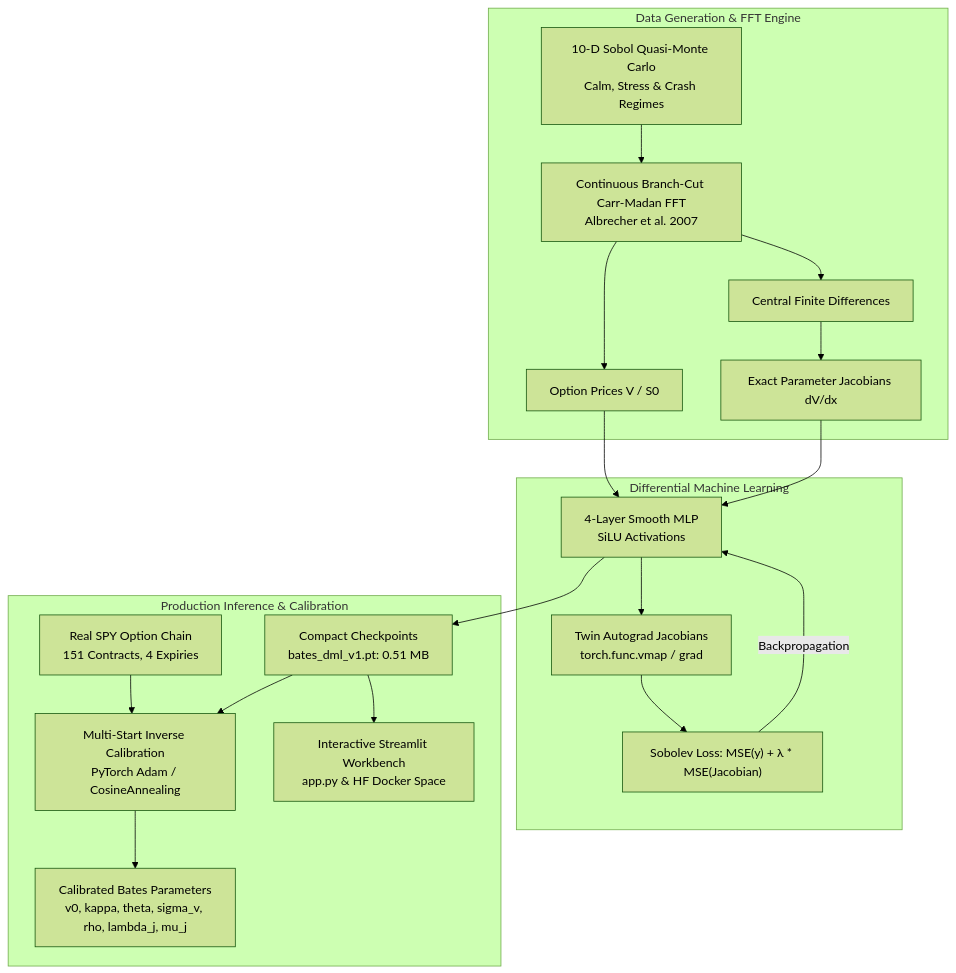
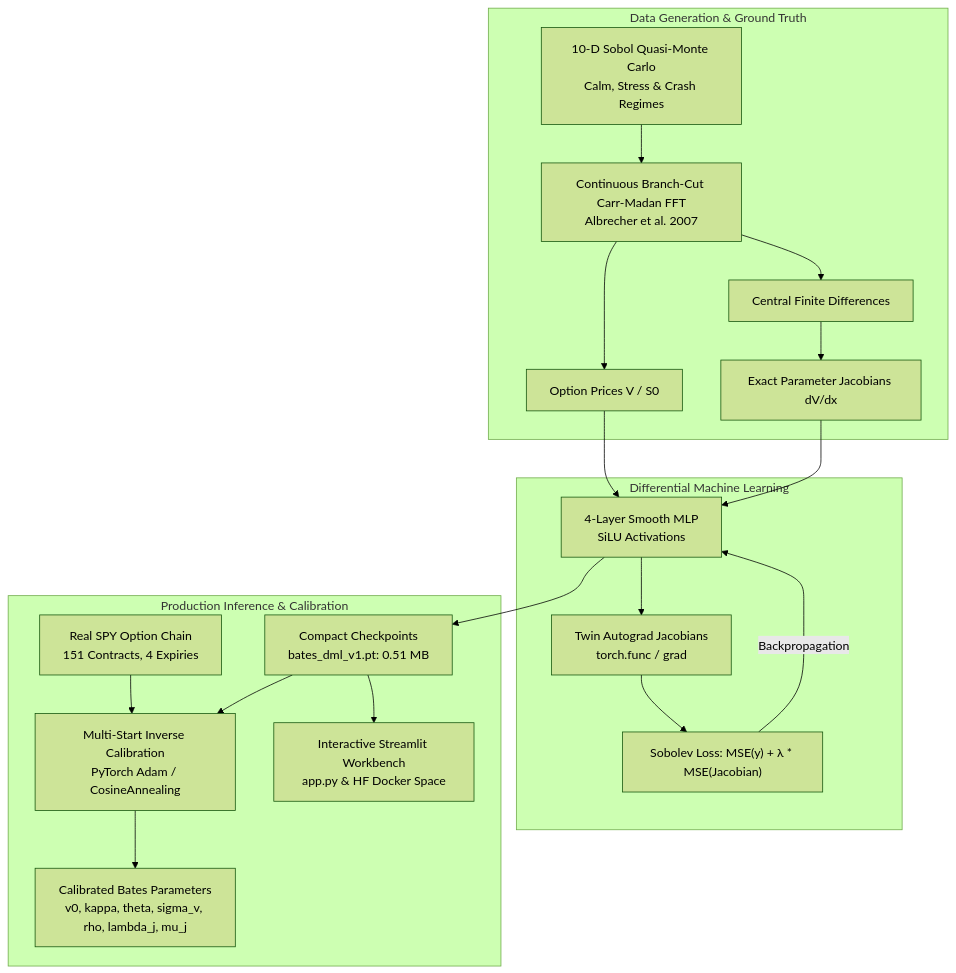
Before and after one commit to Amanatar/neural-bates-dml: the diagram in README.md, drawn with Mermaid (forest theme). The commit also changed other lines of this file and 1 other file, not shown here.

````diff
--- a/README.md
+++ b/README.md
@@ -45,25 +71,25 @@
 ```mermaid
 graph TD
-    subgraph Data Generation & FFT Engine
+    subgraph Data Generation & Ground Truth
         A[10-D Sobol Quasi-Monte Carlo<br/>Calm, Stress & Crash Regimes] --> B[Continuous Branch-Cut Carr-Madan FFT<br/>Albrecher et al. 2007]
         B --> C[Option Prices V / S0]
         B --> D[Central Finite Differences]
         D --> E[Exact Parameter Jacobians dV/dx]
     end
 
     subgraph Differential Machine Learning
         C --> F[4-Layer Smooth MLP<br/>SiLU Activations]
         E --> F
-        F --> G[Twin Autograd Jacobians<br/>torch.func.vmap / grad]
+        F --> G[Twin Autograd Jacobians<br/>torch.func / grad]
         G --> H["Sobolev Loss: MSE(y) + λ * MSE(Jacobian)"]
         H -->|Backpropagation| F
     end
 
     subgraph Production Inference & Calibration
         F --> I[Compact Checkpoints<br/>bates_dml_v1.pt: 0.51 MB]
         J[Real SPY Option Chain<br/>151 Contracts, 4 Expiries] --> K[Multi-Start Inverse Calibration<br/>PyTorch Adam / CosineAnnealing]
         I --> K
         K --> L[Calibrated Bates Parameters<br/>v0, kappa, theta, sigma_v, rho, lambda_j, mu_j]
         I --> M[Interactive Streamlit Workbench<br/>app.py & HF Docker Space]
     end
 ```
````
